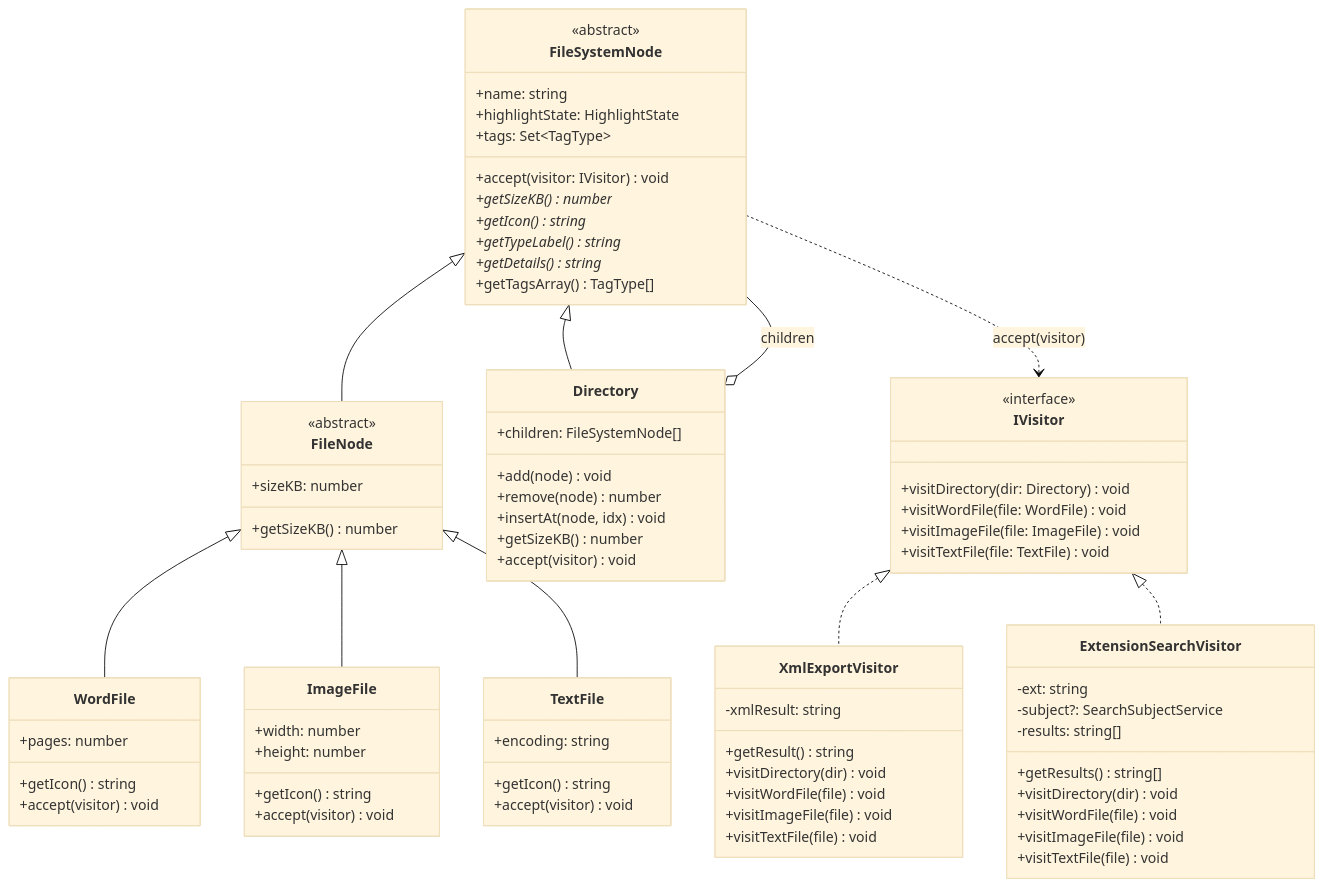
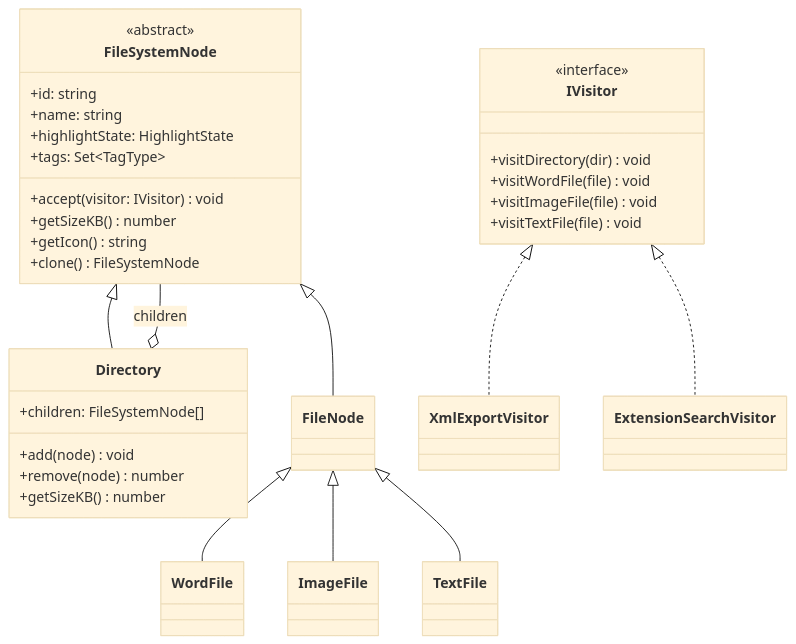
The first of 8 diagrams in README.md (Sean11133/XD), drawn with Mermaid (base theme) before and after one commit. The commit also changed other lines of this file, not shown here.

````diff
--- a/README.md
+++ b/README.md
@@ -660,89 +423,37 @@
 
     class FileSystemNode {
         <<abstract>>
+        +id: string
         +name: string
         +highlightState: HighlightState
         +tags: Set~TagType~
         +accept(visitor: IVisitor) void
-        +getSizeKB() number*
-        +getIcon() string*
-        +getTypeLabel() string*
-        +getDetails() string*
-        +getTagsArray() TagType[]
-    }
-
-    class FileNode {
-        <<abstract>>
-        +sizeKB: number
         +getSizeKB() number
+        +getIcon() string
+        +clone() FileSystemNode
     }
 
     class Directory {
         +children: FileSystemNode[]
         +add(node) void
         +remove(node) number
-        +insertAt(node, idx) void
         +getSizeKB() number
-        +accept(visitor) void
-    }
-
-    class WordFile {
-        +pages: number
-        +getIcon() string
-        +accept(visitor) void
-    }
-
-    class ImageFile {
-        +width: number
-        +height: number
-        +getIcon() string
-        +accept(visitor) void
-    }
-
-    class TextFile {
-        +encoding: string
-        +getIcon() string
-        +accept(visitor) void
     }
 
     class IVisitor {
         <<interface>>
-        +visitDirectory(dir: Directory) void
-        +visitWordFile(file: WordFile) void
-        +visitImageFile(file: ImageFile) void
-        +visitTextFile(file: TextFile) void
-    }
-
-    class XmlExportVisitor {
-        -xmlResult: string
-        +getResult() string
         +visitDirectory(dir) void
         +visitWordFile(file) void
         +visitImageFile(file) void
         +visitTextFile(file) void
     }
 
-    class ExtensionSearchVisitor {
-        -ext: string
-        -subject?: SearchSubjectService
-        -results: string[]
-        +getResults() string[]
-        +visitDirectory(dir) void
-        +visitWordFile(file) void
-        +visitImageFile(file) void
-        +visitTextFile(file) void
-    }
-
+    FileSystemNode <|-- Directory
     FileSystemNode <|-- FileNode
-    FileSystemNode <|-- Directory
     FileNode <|-- WordFile
     FileNode <|-- ImageFile
     FileNode <|-- TextFile
-
     Directory o-- FileSystemNode : children
-
     IVisitor <|.. XmlExportVisitor
     IVisitor <|.. ExtensionSearchVisitor
-
-    FileSystemNode ..> IVisitor : accept(visitor)
 ```
````
